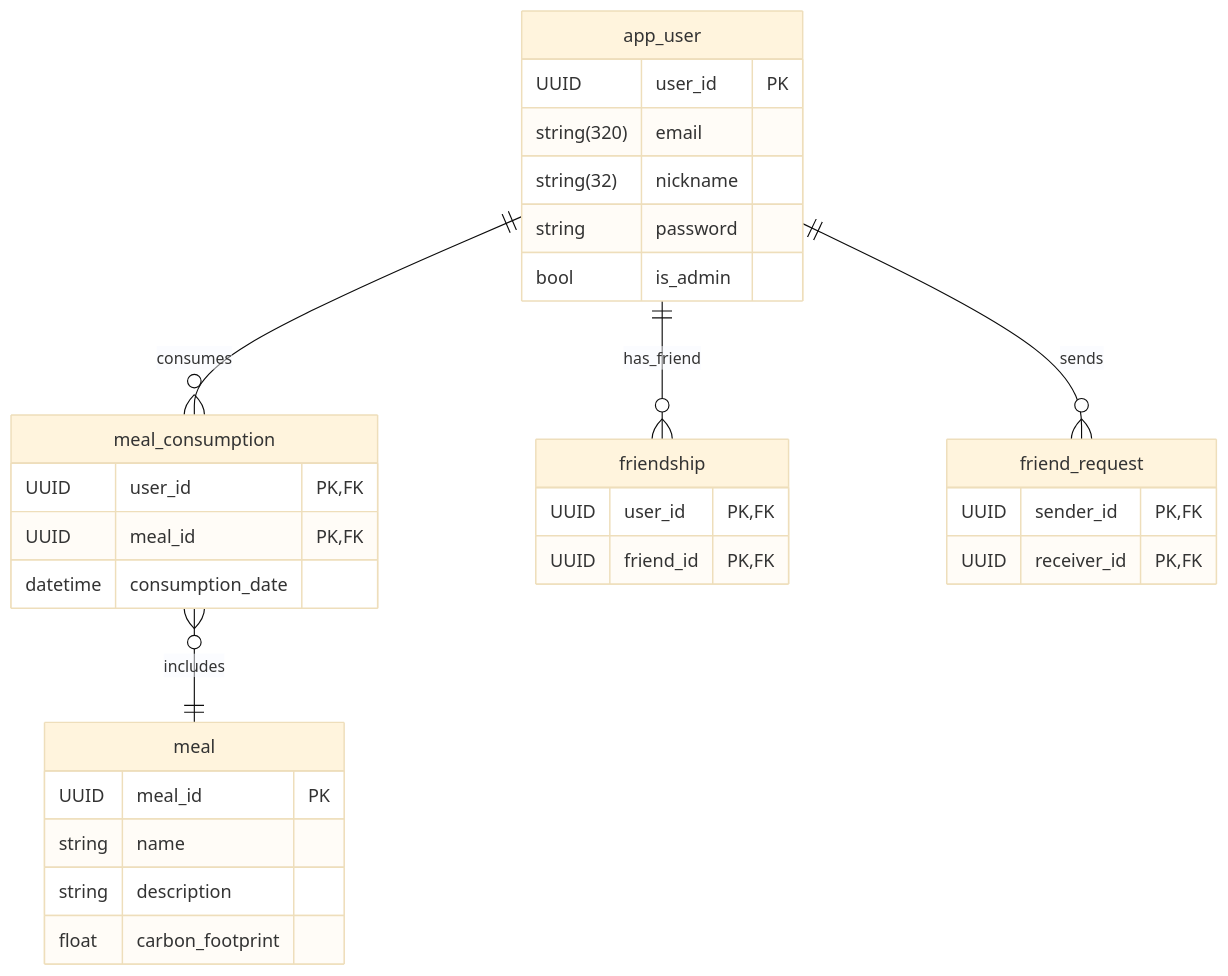
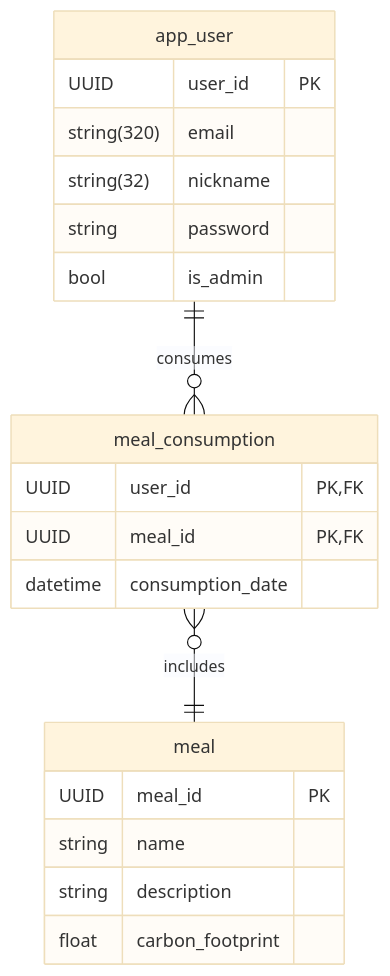
The diagram in README.md (louis-marceron/web-project-ig3-back), drawn with Mermaid (base theme) before and after one commit. The commit also changed other lines of this file, not shown here.

Commit message:
docs: remove the social requirements
It is not that useful. I'll add a 4th table to comply with the
instructions.

````diff
--- a/README.md
+++ b/README.md
@@ -33,38 +30,26 @@
 ```mermaid
 erDiagram
 app_user {
     UUID user_id PK
     string(320) email
     string(32) nickname
     string password
     bool is_admin
 }
 
 meal {
     UUID meal_id PK
     string name
     string description
     float carbon_footprint
 }
 
 meal_consumption {
     UUID user_id PK,FK
     UUID meal_id PK,FK
     datetime consumption_date
 }
 
-friendship {
-    UUID user_id PK,FK
-    UUID friend_id PK,FK
-}
-
-friend_request {
-    UUID sender_id PK,FK
-    UUID receiver_id PK,FK
-}
-
-app_user ||--o{ friend_request : sends
-app_user ||--o{ friendship : has_friend
 app_user ||--o{ meal_consumption : consumes
 meal_consumption }o--|| meal : includes
 ```
````
